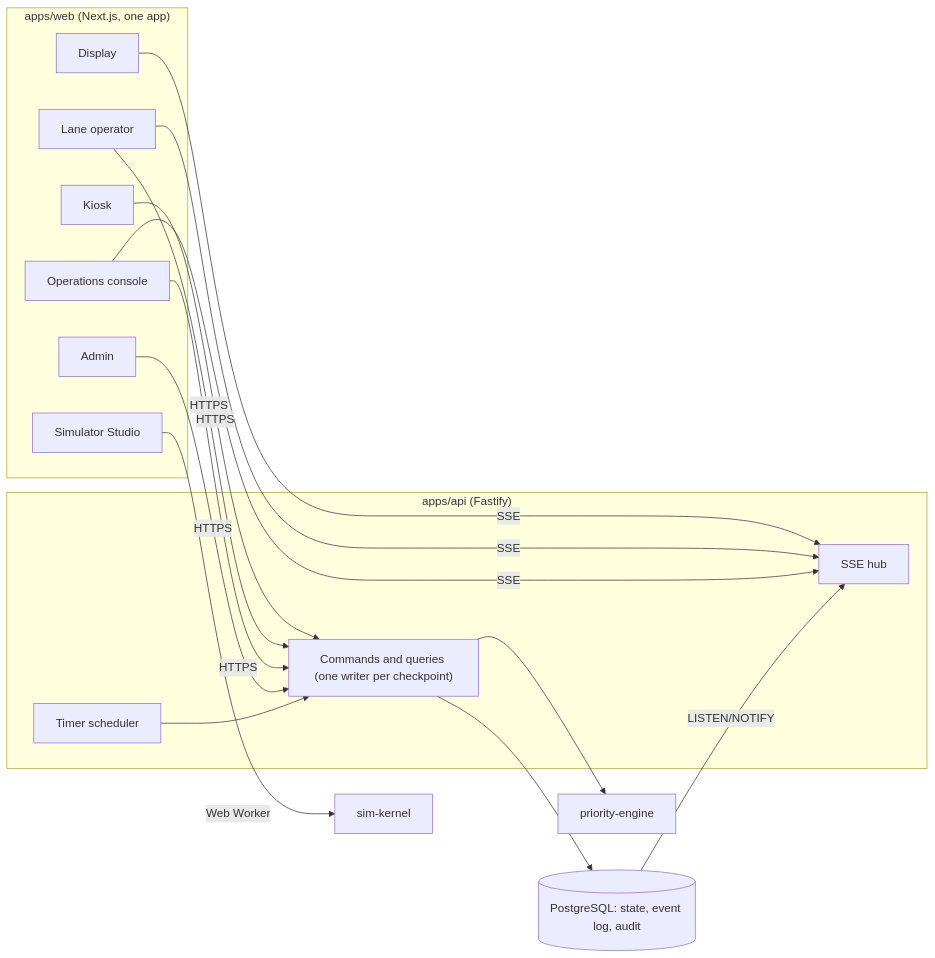
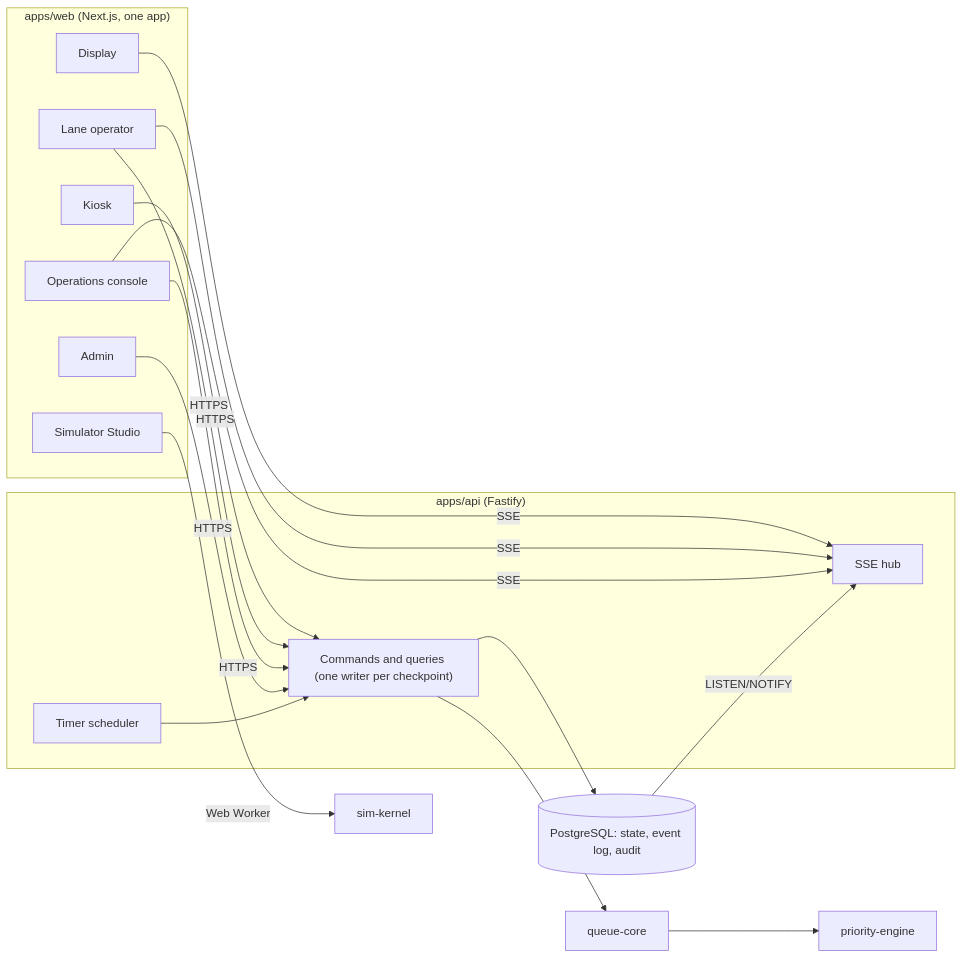
One commit to leviuzz/gaterush changed the second of 2 diagrams in ARCHITECTURE.md. Above: the diagram before and after it, drawn with Mermaid. The commit also changed other lines of this file and 62 other files, not shown here.

````diff
--- a/ARCHITECTURE.md
+++ b/ARCHITECTURE.md
@@ -217,26 +285,28 @@
 ```mermaid
 flowchart LR
   subgraph WEB["apps/web (Next.js, one app)"]
     kiosk["Kiosk"]
     display["Display"]
     lane["Lane operator"]
     ops["Operations console"]
     admin["Admin"]
     studio["Simulator Studio"]
   end
   subgraph API["apps/api (Fastify)"]
     cmd["Commands and queries (one writer per checkpoint)"]
     sse["SSE hub"]
     timers["Timer scheduler"]
   end
   db[("PostgreSQL: state, event log, audit")]
+  queue["queue-core"]
   engine["priority-engine"]
   simk["sim-kernel"]
   kiosk & lane & ops & admin -->|HTTPS| cmd
   display & lane & ops -->|SSE| sse
   studio -->|Web Worker| simk
-  cmd --> engine
+  cmd --> queue
+  queue --> engine
   cmd --> db
   db -->|LISTEN/NOTIFY| sse
   timers --> cmd
 ```
````
